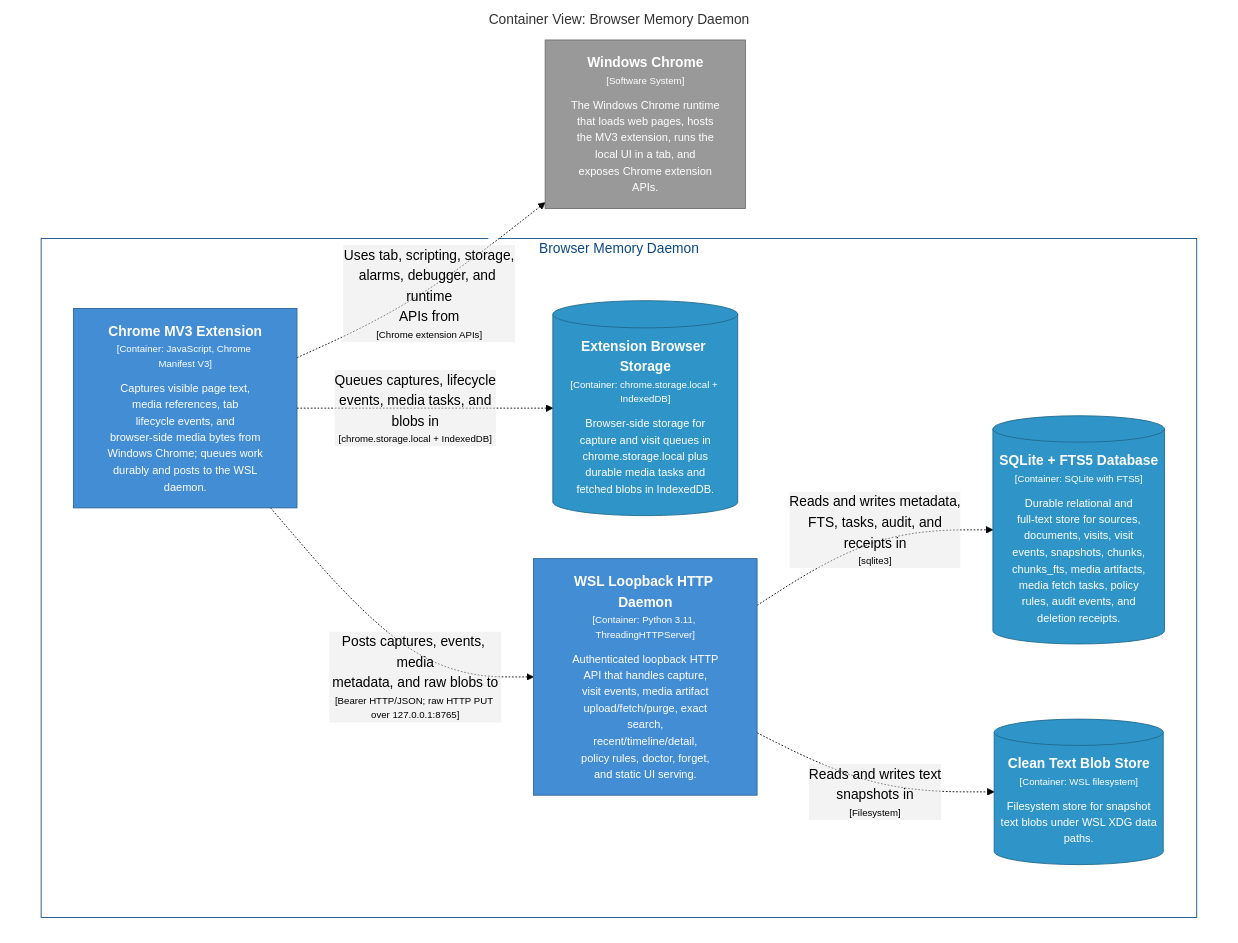
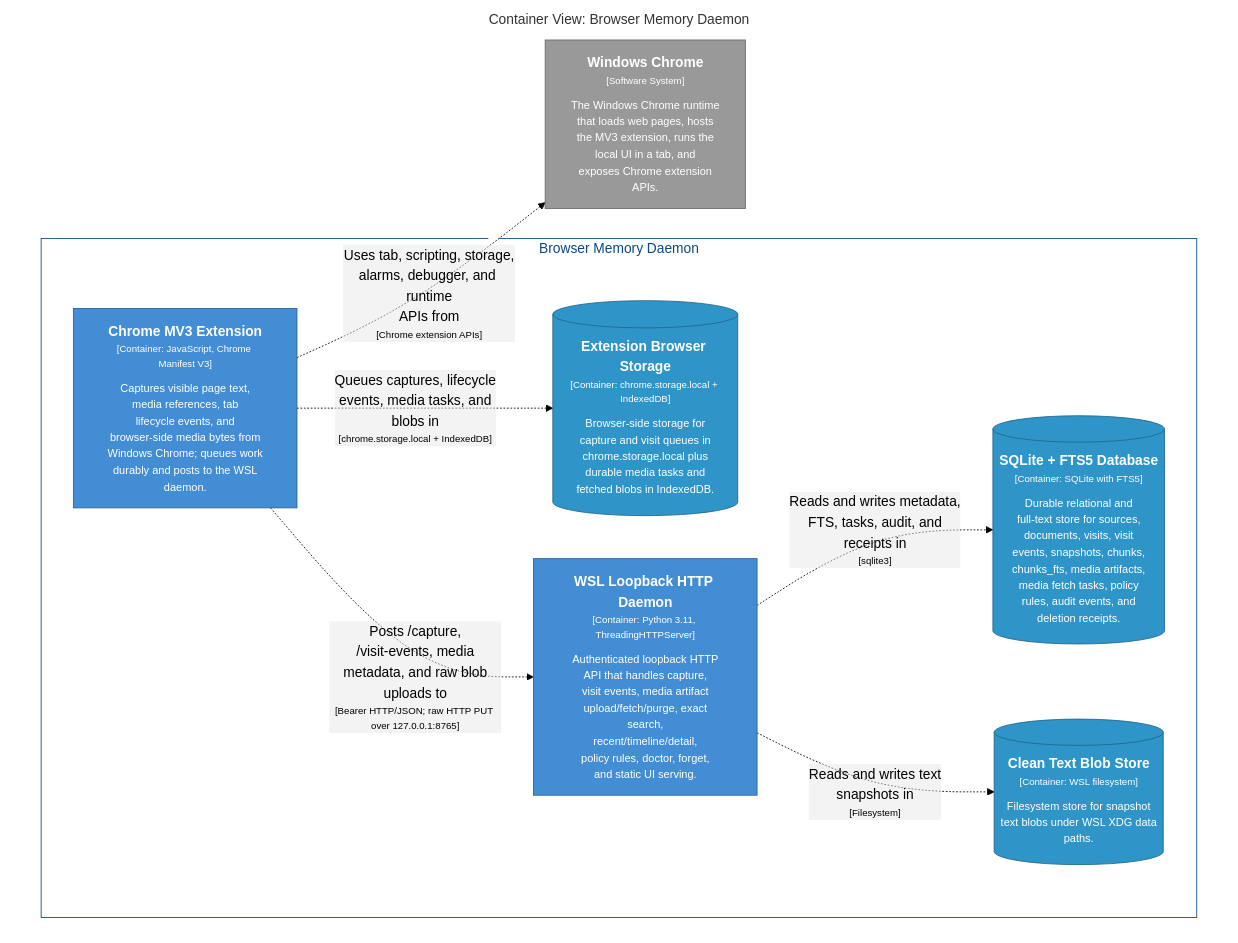
Before and after one commit to michaelnicks0/browser-memory-daemon: the diagram in architecture/diagrams/structurizr-CaptureContainers.mmd, drawn with Mermaid (forest theme). The commit also changed 105 other files, not shown here.

Commit message:
docs: reconcile C4 and behavioral diagrams

```diff
--- a/architecture/diagrams/structurizr-CaptureContainers.mmd
+++ b/architecture/diagrams/structurizr-CaptureContainers.mmd
@@ -1,31 +1,31 @@
 graph TB
   linkStyle default fill:#ffffff
 
   subgraph diagram ["Container View: Browser Memory Daemon"]
     style diagram fill:#ffffff,stroke:#ffffff
 
     2["<div style='font-weight: bold'>Windows Chrome</div><div style='font-size: 70%; margin-top: 0px'>[Software System]</div><div style='font-size: 80%; margin-top:10px'>The Windows Chrome runtime<br />that loads web pages, hosts<br />the MV3 extension, runs the<br />local UI in a tab, and<br />exposes Chrome extension<br />APIs.</div>"]
     style 2 fill:#999999,stroke:#6b6b6b,color:#ffffff
 
     subgraph 4 ["Browser Memory Daemon"]
       style 4 fill:#ffffff,stroke:#0b4884,color:#0b4884
 
       13[("<div style='font-weight: bold'>Extension Browser Storage</div><div style='font-size: 70%; margin-top: 0px'>[Container: chrome.storage.local + IndexedDB]</div><div style='font-size: 80%; margin-top:10px'>Browser-side storage for<br />capture and visit queues in<br />chrome.storage.local plus<br />durable media tasks and<br />fetched blobs in IndexedDB.</div>")]
       style 13 fill:#2f95c8,stroke:#20688c,color:#ffffff
       14["<div style='font-weight: bold'>WSL Loopback HTTP Daemon</div><div style='font-size: 70%; margin-top: 0px'>[Container: Python 3.11, ThreadingHTTPServer]</div><div style='font-size: 80%; margin-top:10px'>Authenticated loopback HTTP<br />API that handles capture,<br />visit events, media artifact<br />upload/fetch/purge, exact<br />search,<br />recent/timeline/detail,<br />policy rules, doctor, forget,<br />and static UI serving.</div>"]
       style 14 fill:#438dd5,stroke:#2e6295,color:#ffffff
       27[("<div style='font-weight: bold'>SQLite + FTS5 Database</div><div style='font-size: 70%; margin-top: 0px'>[Container: SQLite with FTS5]</div><div style='font-size: 80%; margin-top:10px'>Durable relational and<br />full-text store for sources,<br />documents, visits, visit<br />events, snapshots, chunks,<br />chunks_fts, media artifacts,<br />media fetch tasks, policy<br />rules, audit events, and<br />deletion receipts.</div>")]
       style 27 fill:#2f95c8,stroke:#20688c,color:#ffffff
       28[("<div style='font-weight: bold'>Clean Text Blob Store</div><div style='font-size: 70%; margin-top: 0px'>[Container: WSL filesystem]</div><div style='font-size: 80%; margin-top:10px'>Filesystem store for snapshot<br />text blobs under WSL XDG data<br />paths.</div>")]
       style 28 fill:#2f95c8,stroke:#20688c,color:#ffffff
       5["<div style='font-weight: bold'>Chrome MV3 Extension</div><div style='font-size: 70%; margin-top: 0px'>[Container: JavaScript, Chrome Manifest V3]</div><div style='font-size: 80%; margin-top:10px'>Captures visible page text,<br />media references, tab<br />lifecycle events, and<br />browser-side media bytes from<br />Windows Chrome; queues work<br />durably and posts to the WSL<br />daemon.</div>"]
       style 5 fill:#438dd5,stroke:#2e6295,color:#ffffff
     end
 
     5-. "<div>Uses tab, scripting, storage,<br />alarms, debugger, and runtime<br />APIs from</div><div style='font-size: 70%'>[Chrome extension APIs]</div>" .->2
     5-. "<div>Queues captures, lifecycle<br />events, media tasks, and<br />blobs in</div><div style='font-size: 70%'>[chrome.storage.local + IndexedDB]</div>" .->13
-    5-. "<div>Posts captures, events, media<br />metadata, and raw blobs to</div><div style='font-size: 70%'>[Bearer HTTP/JSON; raw HTTP PUT over 127.0.0.1:8765]</div>" .->14
+    5-. "<div>Posts /capture,<br />/visit-events, media<br />metadata, and raw blob<br />uploads to</div><div style='font-size: 70%'>[Bearer HTTP/JSON; raw HTTP PUT over 127.0.0.1:8765]</div>" .->14
     14-. "<div>Reads and writes metadata,<br />FTS, tasks, audit, and<br />receipts in</div><div style='font-size: 70%'>[sqlite3]</div>" .->27
     14-. "<div>Reads and writes text<br />snapshots in</div><div style='font-size: 70%'>[Filesystem]</div>" .->28
 
   end
```
